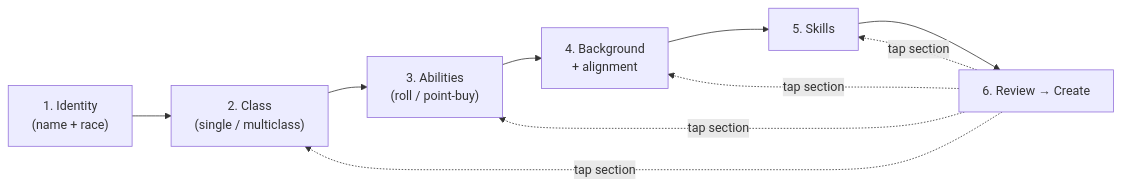
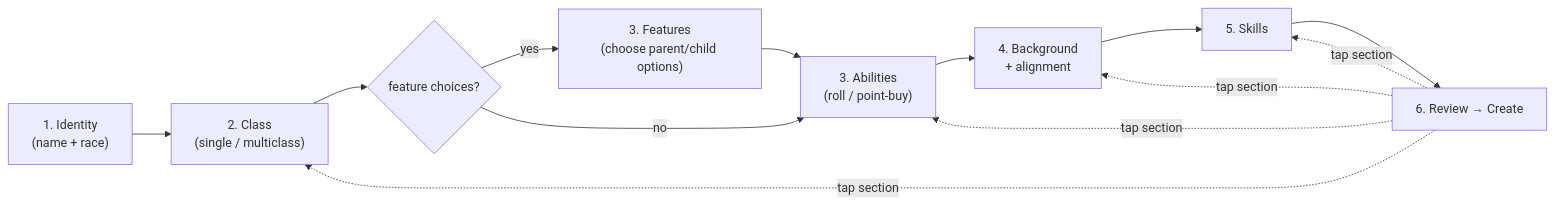
Before and after one commit to tedleahy/5e-companion: the diagram in docs/features/character-creation.md, drawn with Mermaid. The commit also changed other lines of this file and 11 other files, not shown here.

````diff
--- a/docs/features/character-creation.md
+++ b/docs/features/character-creation.md
@@ -9,12 +9,15 @@
 ```mermaid
 flowchart LR
     idx["1. Identity<br/>(name + race)"] --> cls["2. Class<br/>(single / multiclass)"]
-    cls --> ab["3. Abilities<br/>(roll / point-buy)"]
+    cls --> fc{"feature choices?"}
+    fc -->|yes| feat["3. Features<br/>(choose parent/child options)"]
+    fc -->|no| ab["3. Abilities<br/>(roll / point-buy)"]
+    feat --> ab
     ab --> bg["4. Background<br/>+ alignment"]
     bg --> sk["5. Skills"]
     sk --> rv["6. Review → Create"]
     rv -.->|tap section| cls
     rv -.->|tap section| ab
     rv -.->|tap section| bg
     rv -.->|tap section| sk
 ```
````
